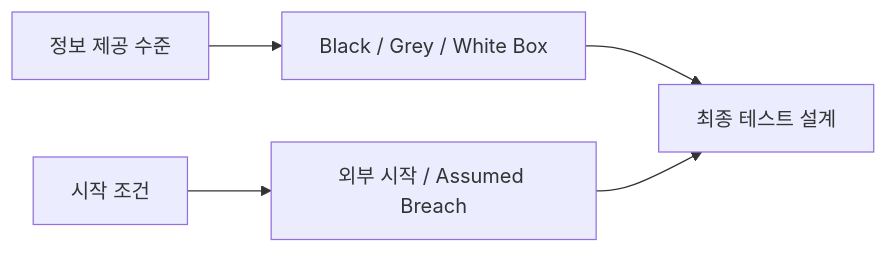
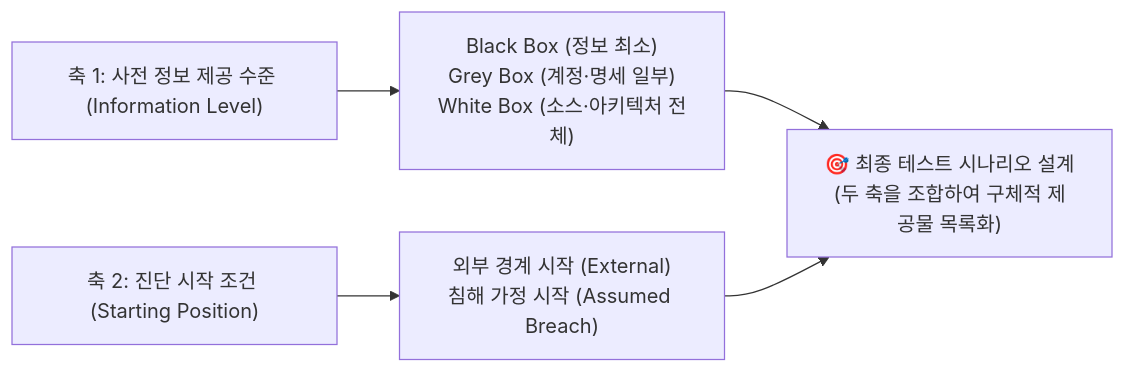
The second of 3 diagrams in content/모의해킹 기초/스코프와 교전규칙(RoE) — 모의해킹을 시작하기 전에 정해야 할 것들.md (gooyong-sec/gooyong-sec.github.io), drawn with Mermaid before and after one commit. The commit also changed other lines of this file and 68 other files, not shown here.

````diff
--- a/content/모의해킹 기초/스코프와 교전규칙(RoE) — 모의해킹을 시작하기 전에 정해야 할 것들.md
+++ b/content/모의해킹 기초/스코프와 교전규칙(RoE) — 모의해킹을 시작하기 전에 정해야 할 것들.md
@@ -52,7 +114,7 @@
 ```mermaid
 flowchart LR
-    K["정보 제공 수준"] --> B["Black / Grey / White Box"]
-    S["시작 조건"] --> A["외부 시작 / Assumed Breach"]
-    B --> P["최종 테스트 설계"]
+    K["축 1: 사전 정보 제공 수준 (Information Level)"] --> B["Black Box (정보 최소)<br/>Grey Box (계정·명세 일부)<br/>White Box (소스·아키텍처 전체)"]
+    S["축 2: 진단 시작 조건 (Starting Position)"] --> A["외부 경계 시작 (External)<br/>침해 가정 시작 (Assumed Breach)"]
+    B --> P["🎯 최종 테스트 시나리오 설계<br/>(두 축을 조합하여 구체적 제공물 목록화)"]
     A --> P
 ```
````
